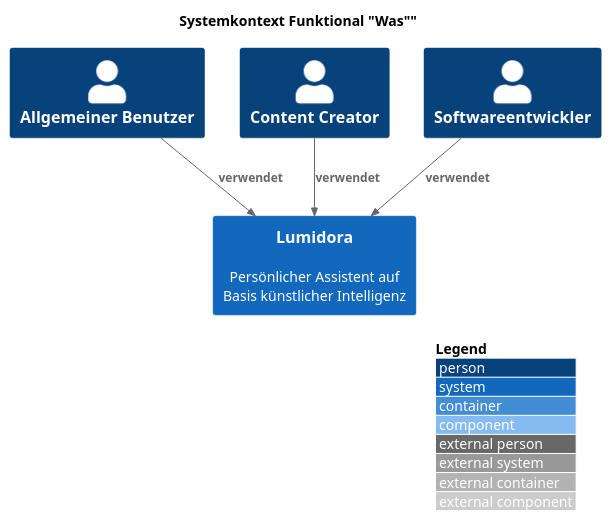
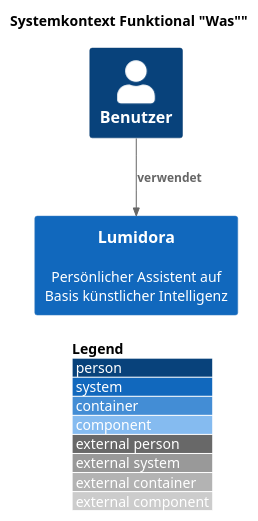
Before and after one commit to koshisinthehouse/lumidora-documentation: the diagram in docs/modules/ROOT/examples/systemkontext/systemkontext-funktional.plantuml, drawn with PlantUML.

```diff
--- a/docs/modules/ROOT/examples/systemkontext/systemkontext-funktional.plantuml
+++ b/docs/modules/ROOT/examples/systemkontext/systemkontext-funktional.plantuml
@@ -1,17 +1,13 @@
 @startuml
 !include ../../partials/diagrams/plantuml-stdlib/C4-PlantUML/C4_Component.puml
 
 LAYOUT_WITH_LEGEND()
 
 title Systemkontext Funktional "Was""
 
-Person(benutzer, "Allgemeiner Benutzer", "")
-Person(kontentersteller, "Content Creator", "")
-Person(softwareentwickler, "Softwareentwickler", "")
+Person(benutzer, "Benutzer", "")
 System(lumidora, "Lumidora", "Persönlicher Assistent auf Basis künstlicher Intelligenz")
 
 Rel(benutzer, lumidora, "verwendet")
-Rel(kontentersteller, lumidora, "verwendet")
-Rel(softwareentwickler, lumidora, "verwendet")
 
 @enduml
```
